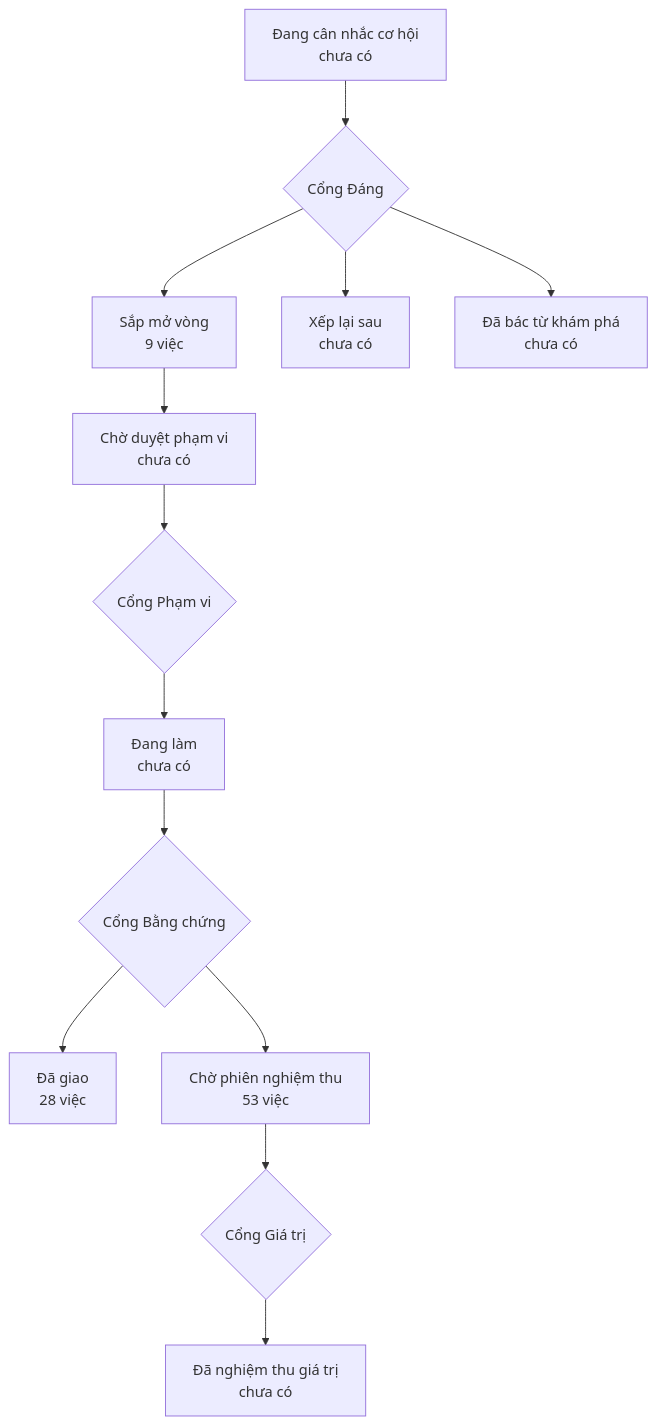
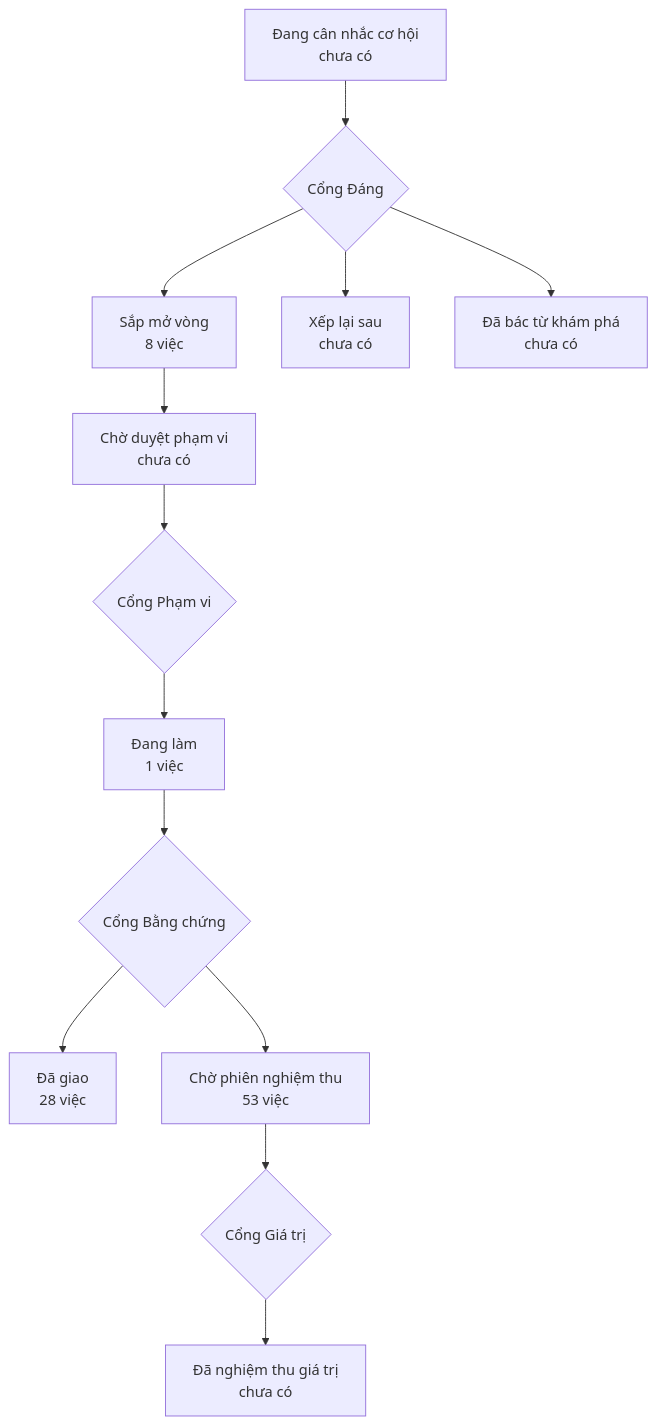
Before and after one commit to phanlemanh/onehub-inventory: the diagram in PRODUCT-MAP.md, drawn with Mermaid. The commit also changed other lines of this file and 5 other files, not shown here.

````diff
--- a/PRODUCT-MAP.md
+++ b/PRODUCT-MAP.md
@@ -7,12 +7,12 @@
 ```mermaid
 flowchart TD
   A["Đang cân nhắc cơ hội<br/>chưa có"] --> GD{"Cổng Đáng"}
-  GD --> B["Sắp mở vòng<br/>9 việc"]
+  GD --> B["Sắp mở vòng<br/>8 việc"]
   GD --> XL["Xếp lại sau<br/>chưa có"]
   GD --> DB["Đã bác từ khám phá<br/>chưa có"]
   B --> CD["Chờ duyệt phạm vi<br/>chưa có"] --> GP{"Cổng Phạm vi"}
-  GP --> DL["Đang làm<br/>chưa có"] --> GB{"Cổng Bằng chứng"}
+  GP --> DL["Đang làm<br/>1 việc"] --> GB{"Cổng Bằng chứng"}
   GB --> DG["Đã giao<br/>28 việc"]
   GB --> CN["Chờ phiên nghiệm thu<br/>53 việc"] --> GG{"Cổng Giá trị"}
   GG --> NT["Đã nghiệm thu giá trị<br/>chưa có"]
 ```
````
